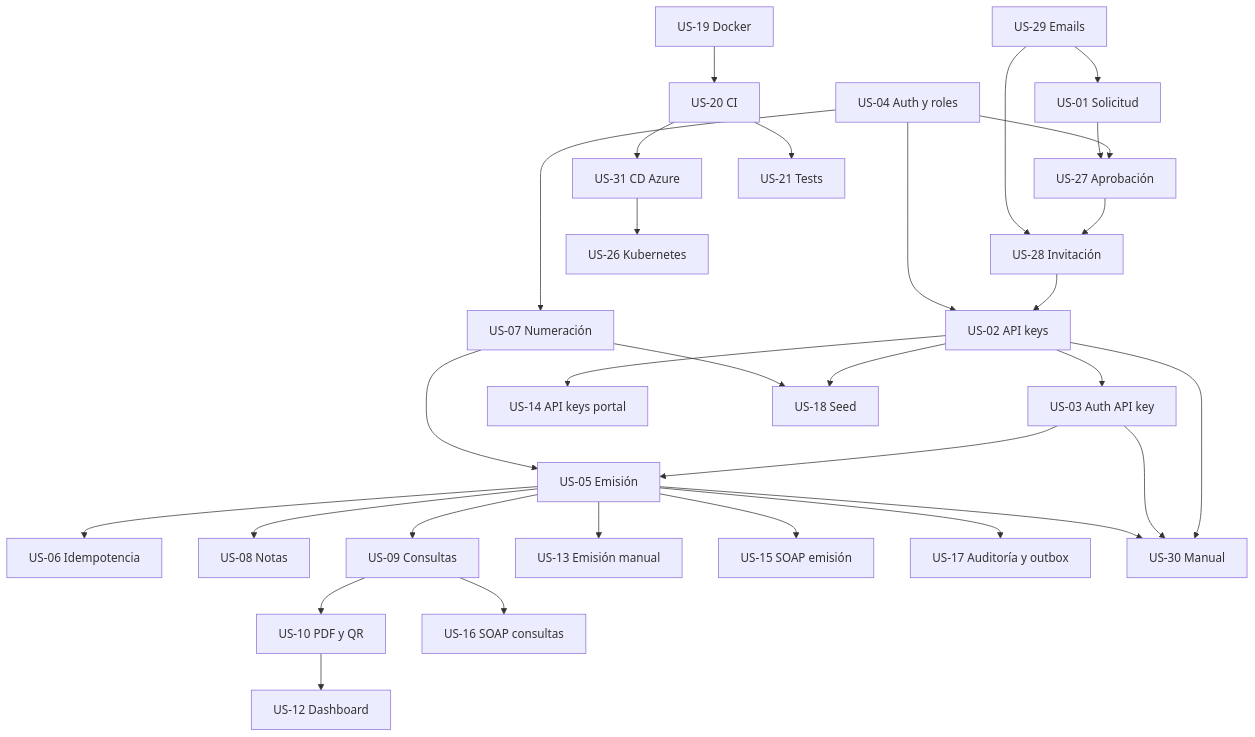
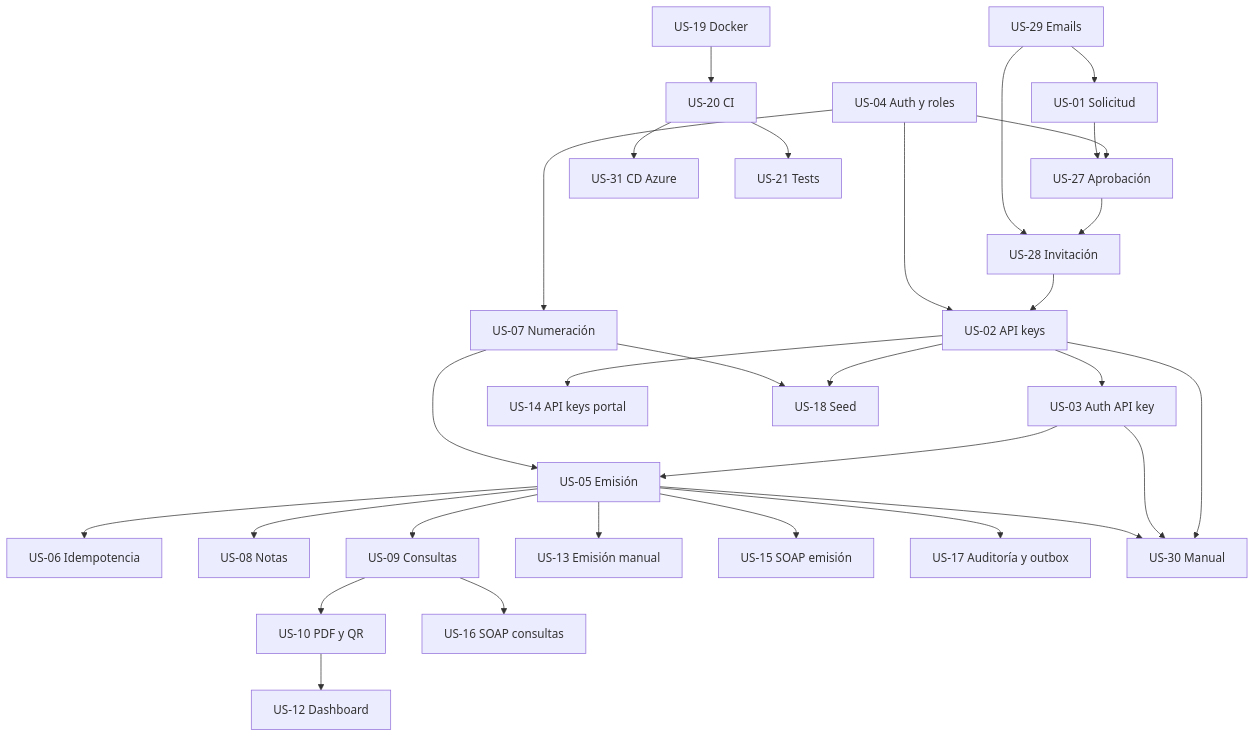
One commit to FT-Key/FacturAR changed the diagram in docs/historias-usuario/README.md. Above: the diagram before and after it, drawn with Mermaid. The commit also changed other lines of this file and 22 other files, not shown here.

````diff
--- a/docs/historias-usuario/README.md
+++ b/docs/historias-usuario/README.md
@@ -94,33 +114,32 @@
 ```mermaid
 flowchart TD
     US04[US-04 Auth y roles] --> US27[US-27 Aprobación]
     US29[US-29 Emails] --> US01[US-01 Solicitud]
     US01 --> US27
     US27 --> US28[US-28 Invitación]
     US29 --> US28
     US28 --> US02[US-02 API keys]
     US04 --> US02
     US02 --> US03[US-03 Auth API key]
     US04 --> US07[US-07 Numeración]
     US03 --> US05[US-05 Emisión]
     US07 --> US05
     US05 --> US06[US-06 Idempotencia]
     US05 --> US08[US-08 Notas]
     US05 --> US09[US-09 Consultas]
     US09 --> US10[US-10 PDF y QR]
     US10 --> US12[US-12 Dashboard]
     US05 --> US13[US-13 Emisión manual]
     US02 --> US14[US-14 API keys portal]
     US05 --> US15[US-15 SOAP emisión]
     US09 --> US16[US-16 SOAP consultas]
     US05 --> US17[US-17 Auditoría y outbox]
     US02 --> US18[US-18 Seed]
     US07 --> US18
     US02 --> US30[US-30 Manual]
     US03 --> US30
     US05 --> US30
     US19[US-19 Docker] --> US20[US-20 CI]
     US20 --> US31[US-31 CD Azure]
     US20 --> US21[US-21 Tests]
-    US31 --> US26[US-26 Kubernetes]
 ```
````
